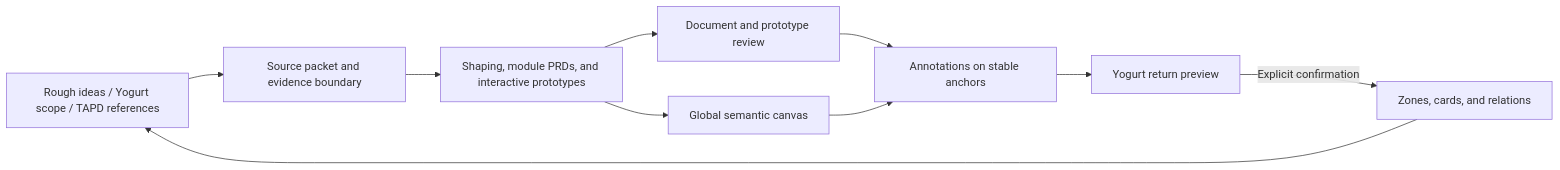
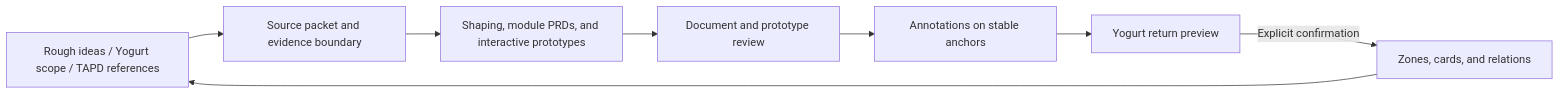
The second of 2 diagrams in README.en.md (suud003/Cowart), drawn with Mermaid before and after one commit. The commit also changed other lines of this file and 43 other files, not shown here.

Commit message:
feat: make line diagrams a native canvas capability

````diff
--- a/README.en.md
+++ b/README.en.md
@@ -63,12 +76,10 @@
 ```mermaid
 flowchart LR
   A["Rough ideas / Yogurt scope / TAPD references"] --> B["Source packet and evidence boundary"]
   B --> C["Shaping, module PRDs, and interactive prototypes"]
   C --> D["Document and prototype review"]
-  C --> E["Global semantic canvas"]
   D --> F["Annotations on stable anchors"]
-  E --> F
   F --> G["Yogurt return preview"]
   G -->|"Explicit confirmation"| H["Zones, cards, and relations"]
   H --> A
 ```
````
